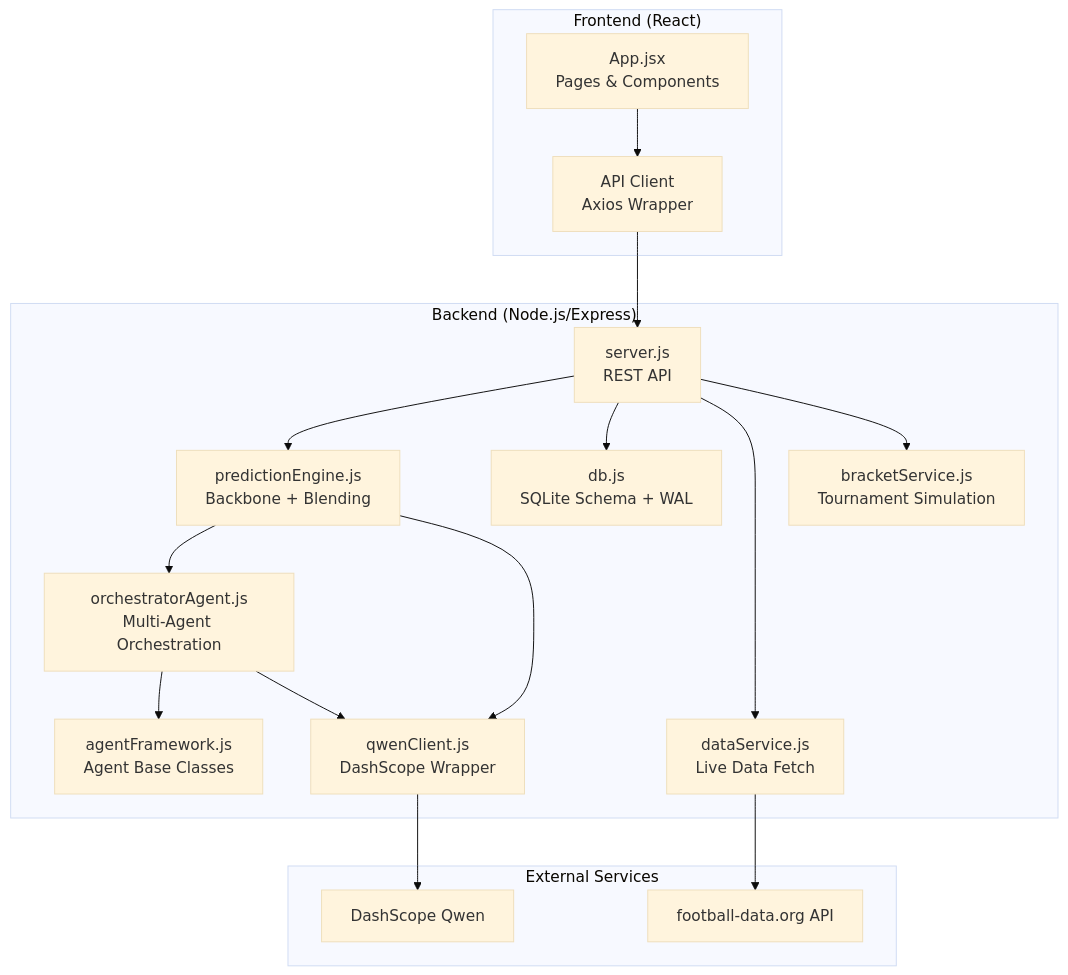
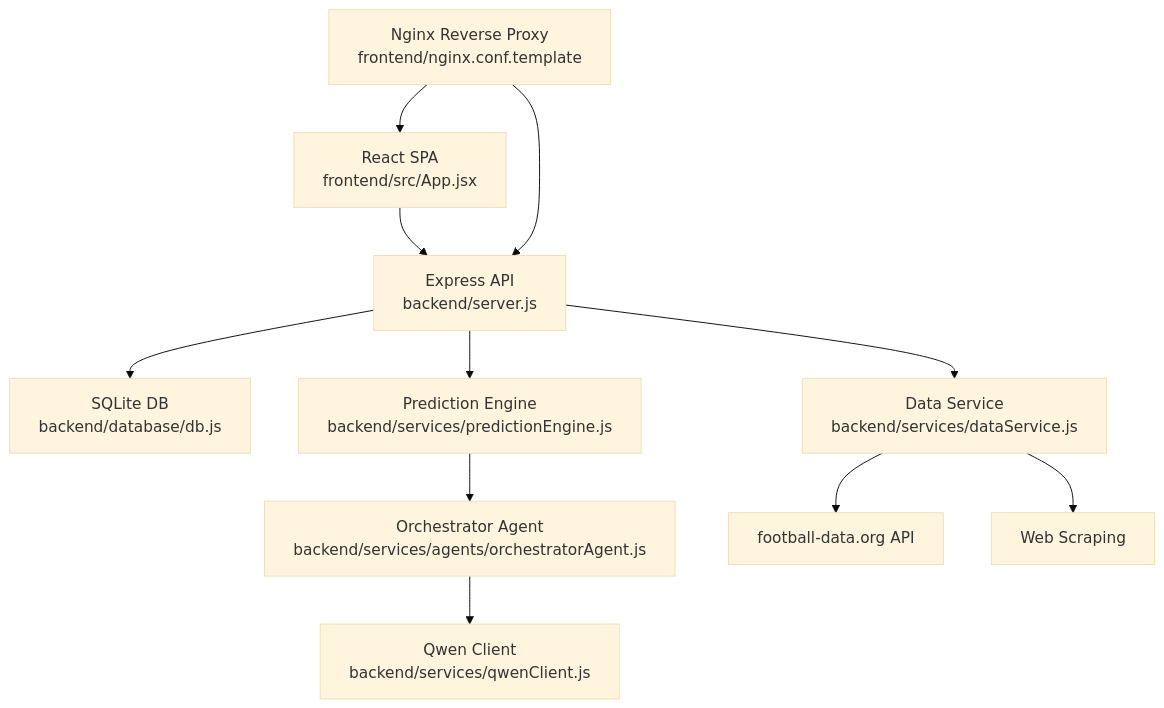
Before and after one commit to cheesiong/WC26-qwen: the second of 10 diagrams in .qoder/repowiki/en/content/System Architecture/System Architecture.md, drawn with Mermaid (base theme). The commit also changed other lines of this file and 181 other files, not shown here.

````diff
--- a/.qoder/repowiki/en/content/System Architecture/System Architecture.md
+++ b/.qoder/repowiki/en/content/System Architecture/System Architecture.md
@@ -44,33 +110,13 @@
 ```mermaid
 graph TB
-subgraph "Frontend (React)"
-FE_APP["App.jsx<br/>Pages & Components"]
-FE_API["API Client<br/>Axios Wrapper"]
-end
-subgraph "Backend (Node.js/Express)"
-BE_SERVER["server.js<br/>REST API"]
-BE_PRED["predictionEngine.js<br/>Backbone + Blending"]
-BE_ORCH["orchestratorAgent.js<br/>Multi-Agent Orchestration"]
-BE_AGFW["agentFramework.js<br/>Agent Base Classes"]
-BE_QWEN["qwenClient.js<br/>DashScope Wrapper"]
-BE_DB["db.js<br/>SQLite Schema + WAL"]
-BE_DATA["dataService.js<br/>Live Data Fetch"]
-BE_BRACKET["bracketService.js<br/>Tournament Simulation"]
-end
-subgraph "External Services"
-DS_API["football-data.org API"]
-DASHSCOPE["DashScope Qwen"]
-end
-FE_APP --> FE_API
-FE_API --> BE_SERVER
-BE_SERVER --> BE_PRED
-BE_PRED --> BE_ORCH
-BE_ORCH --> BE_AGFW
-BE_ORCH --> BE_QWEN
-BE_PRED --> BE_QWEN
-BE_SERVER --> BE_DB
-BE_SERVER --> BE_DATA
-BE_SERVER --> BE_BRACKET
-BE_DATA --> DS_API
-BE_QWEN --> DASHSCOPE
+UI["React SPA<br/>frontend/src/App.jsx"] --> API["Express API<br/>backend/server.js"]
+API --> DB["SQLite DB<br/>backend/database/db.js"]
+API --> DS["Data Service<br/>backend/services/dataService.js"]
+API --> PE["Prediction Engine<br/>backend/services/predictionEngine.js"]
+PE --> OA["Orchestrator Agent<br/>backend/services/agents/orchestratorAgent.js"]
+OA --> QWEN["Qwen Client<br/>backend/services/qwenClient.js"]
+DS --> EXT1["football-data.org API"]
+DS --> EXT2["Web Scraping"]
+Nginx["Nginx Reverse Proxy<br/>frontend/nginx.conf.template"] --> API
+Nginx --> UI
 ```
````
